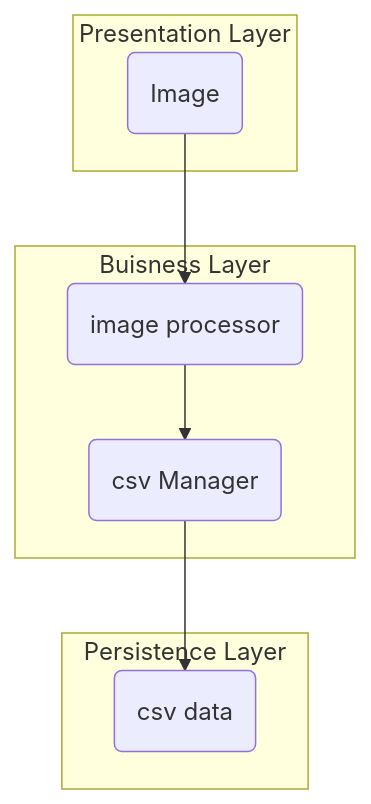
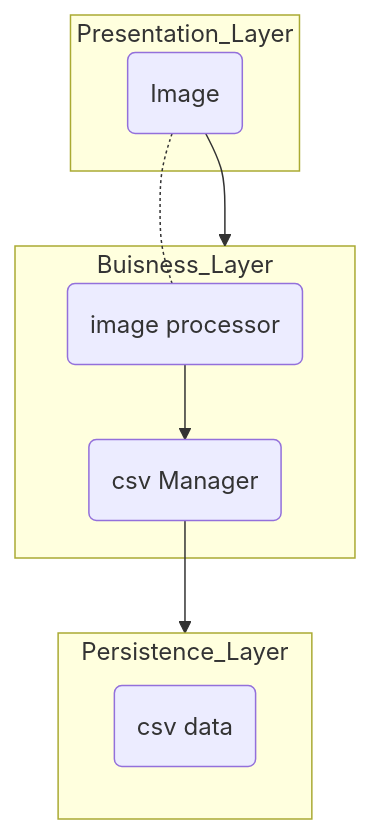
The second of 2 diagrams in README.md (pepetoni246/pattern_reconizer), drawn with Mermaid before and after one commit. The commit also changed other lines of this file, not shown here.

````diff
--- a/README.md
+++ b/README.md
@@ -16,16 +24,20 @@
 ```mermaid
-flowchart TB
-    subgraph Presentation Layer
+flowchart TD
+    subgraph Presentation_Layer
     A("Image")
     end
-    subgraph Buisness Layer
+
+    subgraph Buisness_Layer
     B("image processor")
     C("csv Manager")
     end
-    subgraph Persistence Layer
+
+    subgraph Persistence_Layer
+
     D("csv data")
     end
-    A -->B
+    A -->Buisness_Layer
+    A <.-B
     B -->C
-    C -->D
+    C -->Persistence_Layer
 ```
````
